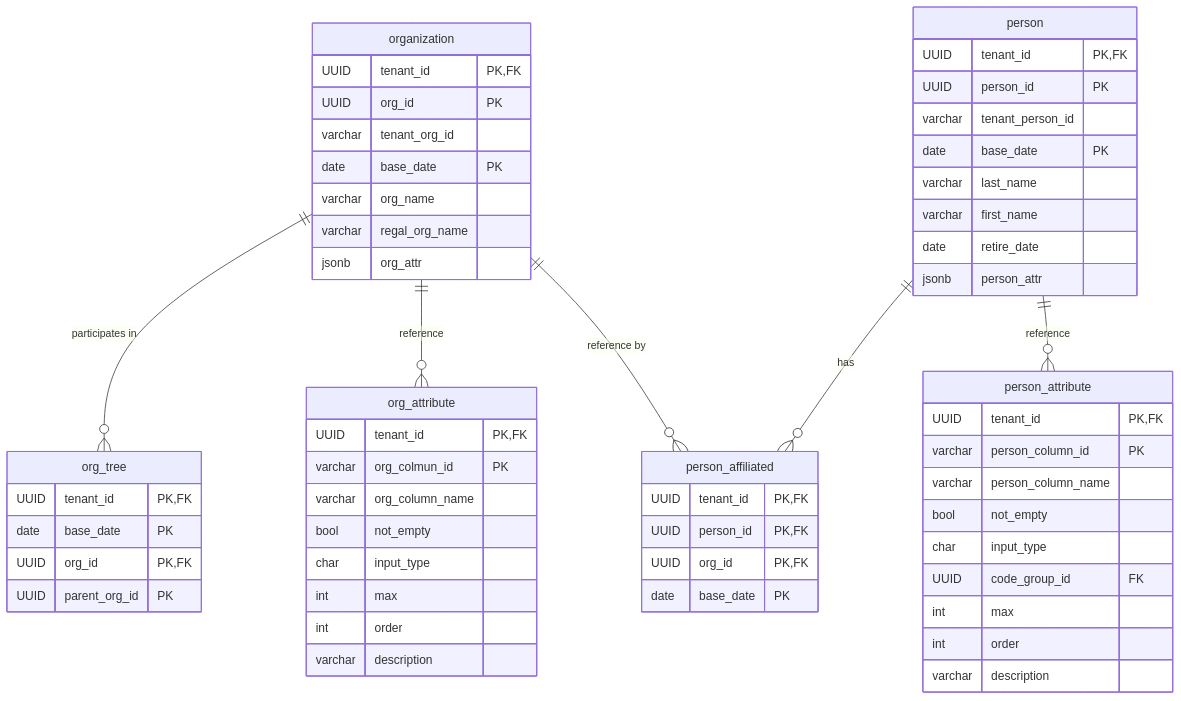
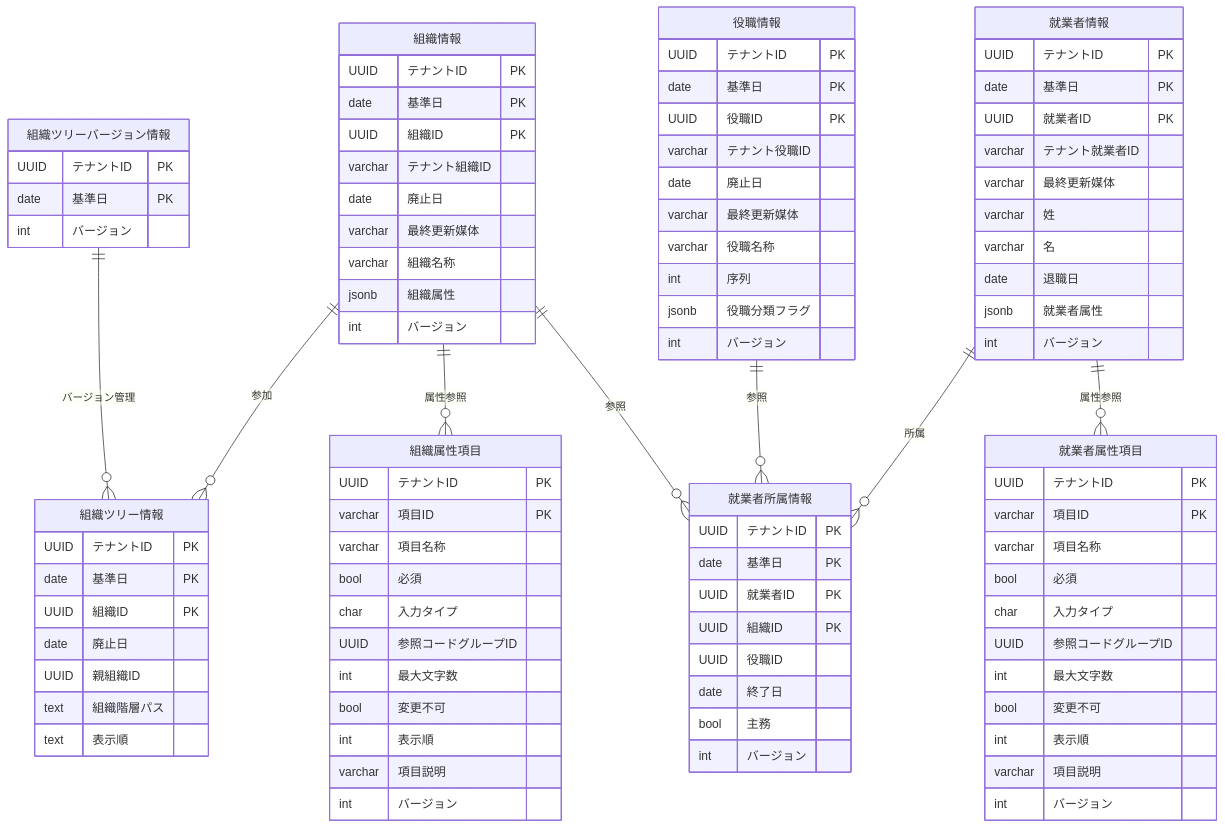
The third of 7 diagrams in spec/基本設計/エンティティ定義/内部設計/エンティティ定義.md (imlv-huandd/idcontrol), drawn with Mermaid before and after one commit. The commit also changed other lines of this file and 50 other files, not shown here.

````diff
--- a/spec/基本設計/エンティティ定義/内部設計/エンティティ定義.md
+++ b/spec/基本設計/エンティティ定義/内部設計/エンティティ定義.md
@@ -449,61 +489,96 @@
 ```mermaid
 erDiagram
-    organization ||--o{ org_tree : "participates in"
-    organization ||--o{ org_attribute : "reference"
-    organization ||--o{ person_affiliated : "reference by"
-    person ||--o{ person_attribute : "reference"
-    person ||--o{ person_affiliated : "has"
-    
-    organization {
-        UUID tenant_id PK,FK
-        UUID org_id PK
-        varchar tenant_org_id
-        date base_date PK
-        varchar org_name
-        varchar regal_org_name
-        jsonb org_attr
+    組織ツリーバージョン情報 ||--o{ 組織ツリー情報 : "バージョン管理"
+    組織情報 ||--o{ 組織ツリー情報 : "参加"
+    組織情報 ||--o{ 組織属性項目 : "属性参照"
+    組織情報 ||--o{ 就業者所属情報 : "参照"
+    役職情報 ||--o{ 就業者所属情報 : "参照"
+    就業者情報 ||--o{ 就業者属性項目 : "属性参照"
+    就業者情報 ||--o{ 就業者所属情報 : "所属"
+
+    組織情報 {
+        UUID テナントID PK
+        date 基準日 PK
+        UUID 組織ID PK
+        varchar テナント組織ID
+        date 廃止日
+        varchar 最終更新媒体
+        varchar 組織名称
+        jsonb 組織属性
+        int バージョン
     }
-    org_attribute {
-        UUID tenant_id PK,FK
-        varchar org_colmun_id PK
-        varchar org_column_name
-        bool not_empty
-        char input_type
-        int max
-        int order
-        varchar description
+    組織属性項目 {
+        UUID テナントID PK
+        varchar 項目ID PK
+        varchar 項目名称
+        bool 必須
+        char 入力タイプ
+        UUID 参照コードグループID
+        int 最大文字数
+        bool 変更不可
+        int 表示順
+        varchar 項目説明
+        int バージョン
     }
-    org_tree {
-        UUID tenant_id PK,FK
-        date base_date PK
-        UUID org_id PK,FK
-        UUID parent_org_id PK
+    組織ツリーバージョン情報 {
+        UUID テナントID PK
+        date 基準日 PK
+        int バージョン
     }
-    person {
-        UUID tenant_id PK,FK
-        UUID person_id PK
-        varchar tenant_person_id
-        date base_date PK
-        varchar last_name
-        varchar first_name
-        date retire_date
-        jsonb person_attr
+    組織ツリー情報 {
+        UUID テナントID PK
+        date 基準日 PK
+        UUID 組織ID PK
+        date 廃止日
+        UUID 親組織ID
+        text 組織階層パス
+        text 表示順
     }
-    person_attribute {
-        UUID tenant_id PK,FK
-        varchar person_column_id PK
-        varchar person_column_name
-        bool not_empty
-        char input_type
-        UUID code_group_id FK
-        int max
-        int order
-        varchar description
+    役職情報 {
+        UUID テナントID PK
+        date 基準日 PK
+        UUID 役職ID PK
+        varchar テナント役職ID
+        date 廃止日
+        varchar 最終更新媒体
+        varchar 役職名称
+        int 序列
+        jsonb 役職分類フラグ
+        int バージョン
     }
-    person_affiliated {
-        UUID tenant_id PK,FK
-        UUID person_id PK,FK
-        UUID org_id PK,FK
-        date base_date PK
+    就業者情報 {
+        UUID テナントID PK
+        date 基準日 PK
+        UUID 就業者ID PK
+        varchar テナント就業者ID
+        varchar 最終更新媒体
+        varchar 姓
+        varchar 名
+        date 退職日
+        jsonb 就業者属性
+        int バージョン
+    }
+    就業者属性項目 {
+        UUID テナントID PK
+        varchar 項目ID PK
+        varchar 項目名称
+        bool 必須
+        char 入力タイプ
+        UUID 参照コードグループID
+        int 最大文字数
+        bool 変更不可
+        int 表示順
+        varchar 項目説明
+        int バージョン
+    }
+    就業者所属情報 {
+        UUID テナントID PK
+        date 基準日 PK
+        UUID 就業者ID PK
+        UUID 組織ID PK
+        UUID 役職ID
+        date 終了日
+        bool 主務
+        int バージョン
     }
 ```
````
